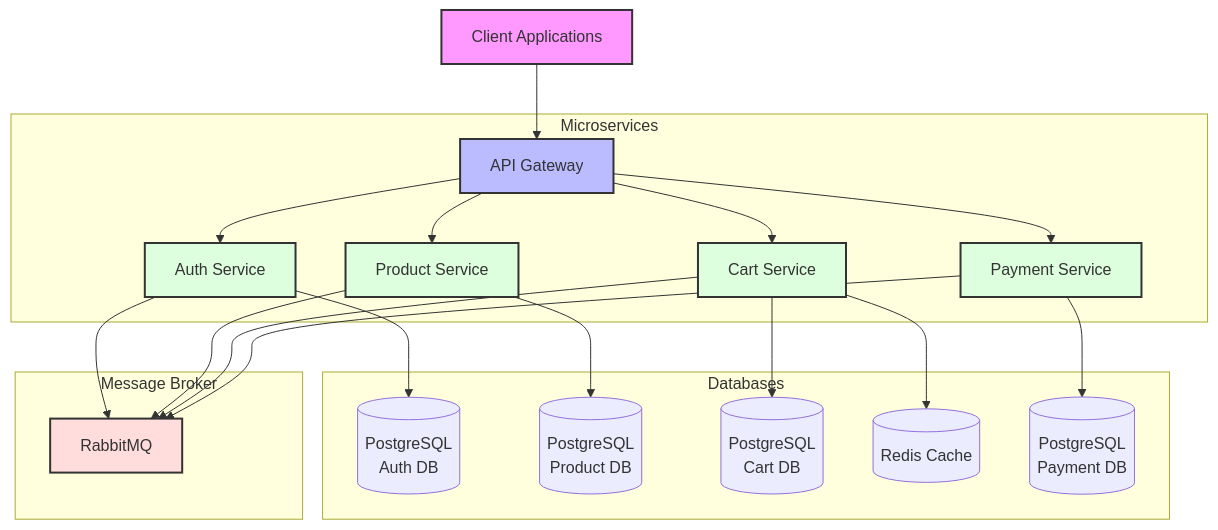
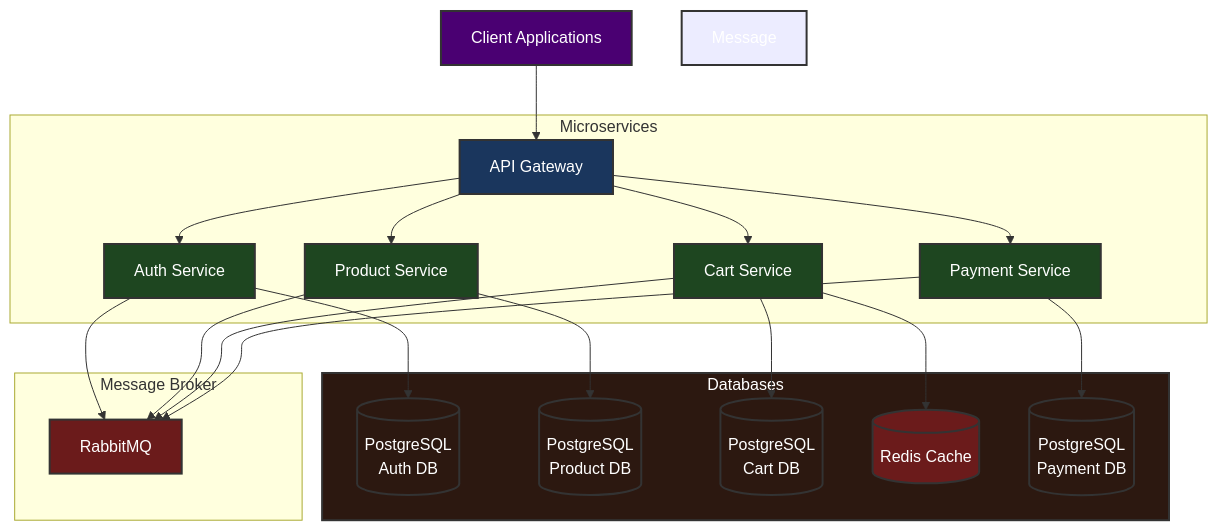
One commit to kalzimkholodros/K8s-MogroShop changed the first of 6 diagrams in README.md. Above: the diagram before and after it, drawn with Mermaid. The commit also changed other lines of this file, not shown here.

````diff
--- a/README.md
+++ b/README.md
@@ -29,34 +29,41 @@
 ```mermaid
 graph TB
     Client[Client Applications] --> API[API Gateway]
     
     subgraph Microservices
         API --> Auth[Auth Service]
         API --> Product[Product Service]
         API --> Cart[Cart Service]
         API --> Payment[Payment Service]
     end
     
     subgraph Databases
         Auth --> AuthDB[(PostgreSQL<br/>Auth DB)]
         Product --> ProductDB[(PostgreSQL<br/>Product DB)]
         Cart --> CartDB[(PostgreSQL<br/>Cart DB)]
         Cart --> Redis[(Redis Cache)]
         Payment --> PaymentDB[(PostgreSQL<br/>Payment DB)]
     end
     
     subgraph Message Broker
         Auth --> RMQ[RabbitMQ]
         Product --> RMQ
         Cart --> RMQ
         Payment --> RMQ
     end
 
-    style Client fill:#f9f,stroke:#333,stroke-width:2px
-    style API fill:#bbf,stroke:#333,stroke-width:2px
-    style Auth fill:#dfd,stroke:#333,stroke-width:2px
-    style Product fill:#dfd,stroke:#333,stroke-width:2px
-    style Cart fill:#dfd,stroke:#333,stroke-width:2px
-    style Payment fill:#dfd,stroke:#333,stroke-width:2px
-    style RMQ fill:#fdd,stroke:#333,stroke-width:2px
+    style Client fill:#4a0072,stroke:#333,stroke-width:2px,color:#fff
+    style API fill:#1a365d,stroke:#333,stroke-width:2px,color:#fff
+    style Auth fill:#1e4620,stroke:#333,stroke-width:2px,color:#fff
+    style Product fill:#1e4620,stroke:#333,stroke-width:2px,color:#fff
+    style Cart fill:#1e4620,stroke:#333,stroke-width:2px,color:#fff
+    style Payment fill:#1e4620,stroke:#333,stroke-width:2px,color:#fff
+    style RMQ fill:#6b1b1b,stroke:#333,stroke-width:2px,color:#fff
+    style Databases fill:#2c1810,stroke:#333,stroke-width:2px,color:#fff
+    style Message Broker fill:#1a1a1a,stroke:#333,stroke-width:2px,color:#fff
+    style AuthDB fill:#2c1810,stroke:#333,stroke-width:2px,color:#fff
+    style ProductDB fill:#2c1810,stroke:#333,stroke-width:2px,color:#fff
+    style CartDB fill:#2c1810,stroke:#333,stroke-width:2px,color:#fff
+    style Redis fill:#6b1b1b,stroke:#333,stroke-width:2px,color:#fff
+    style PaymentDB fill:#2c1810,stroke:#333,stroke-width:2px,color:#fff
 ```
````
